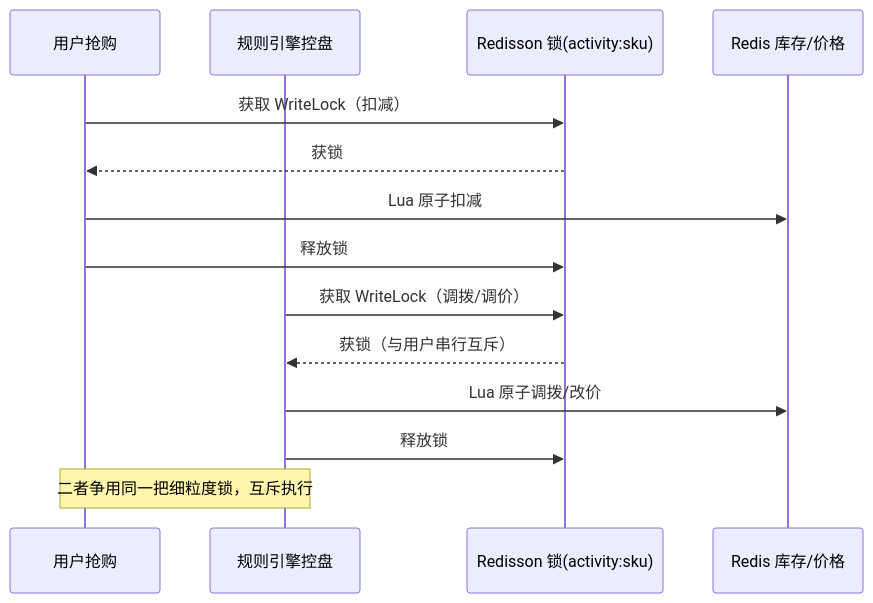
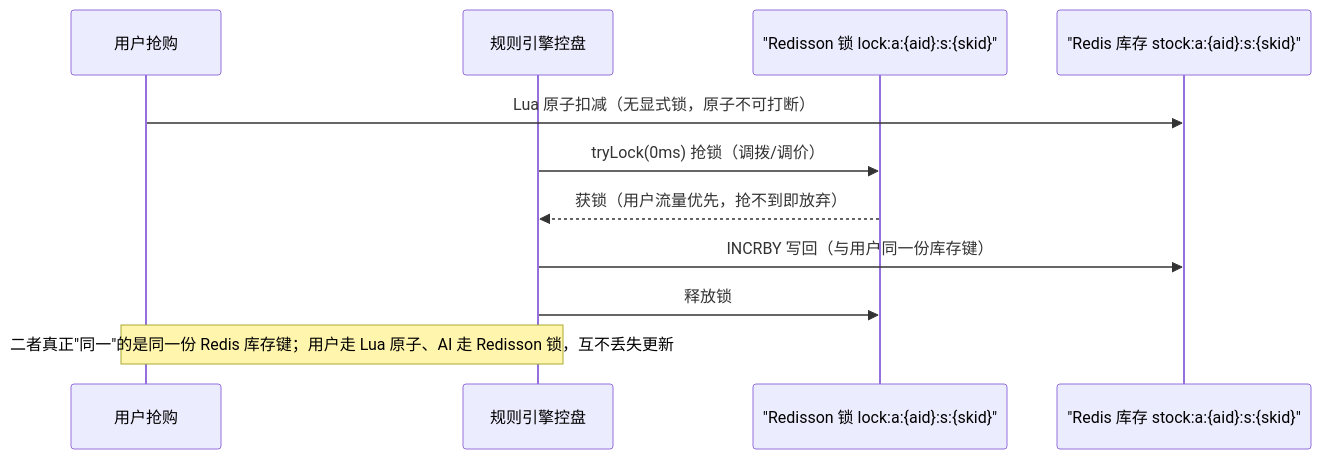
Before and after one commit to a805026135/insight-forge: the second of 3 diagrams in specs/insightforge/spec.md, drawn with Mermaid. The commit also changed other lines of this file and 4 other files, not shown here.

````diff
--- a/specs/insightforge/spec.md
+++ b/specs/insightforge/spec.md
@@ -346,16 +346,13 @@
 ```mermaid
 sequenceDiagram
   participant U as 用户抢购
   participant R as 规则引擎控盘
-  participant L as Redisson 锁(activity:sku)
-  participant Rd as Redis 库存/价格
-  U->>L: 获取 WriteLock（扣减）
-  L-->>U: 获锁
-  U->>Rd: Lua 原子扣减
-  U->>L: 释放锁
-  R->>L: 获取 WriteLock（调拨/调价）
-  L-->>R: 获锁（与用户串行互斥）
-  R->>Rd: Lua 原子调拨/改价
+  participant L as "Redisson 锁 lock:a:{aid}:s:{skid}"
+  participant Rd as "Redis 库存 stock:a:{aid}:s:{skid}"
+  U->>Rd: Lua 原子扣减（无显式锁，原子不可打断）
+  R->>L: tryLock(0ms) 抢锁（调拨/调价）
+  L-->>R: 获锁（用户流量优先，抢不到即放弃）
+  R->>Rd: INCRBY 写回（与用户同一份库存键）
   R->>L: 释放锁
-  Note over U,R: 二者争用同一把细粒度锁，互斥执行
+  Note over U,R: 二者真正"同一"的是同一份 Redis 库存键；用户走 Lua 原子、AI 走 Redisson 锁，互不丢失更新
 ```
````
